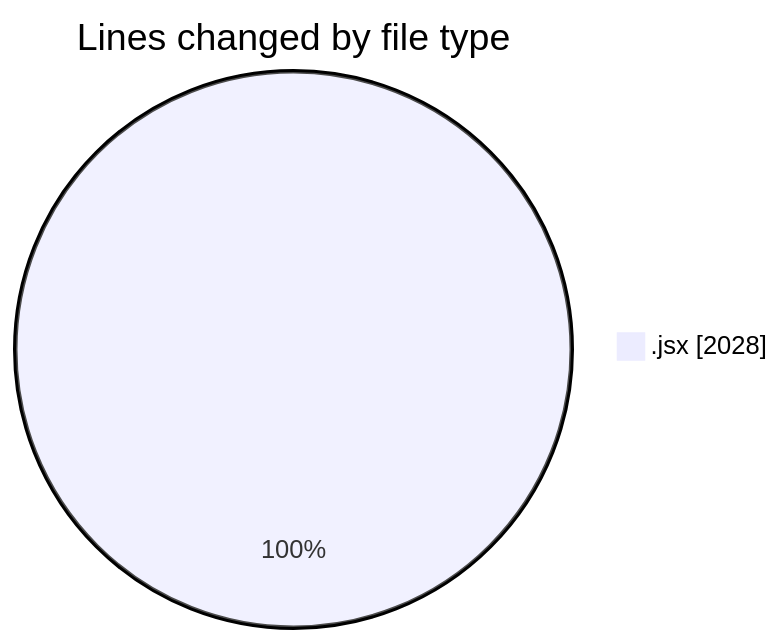
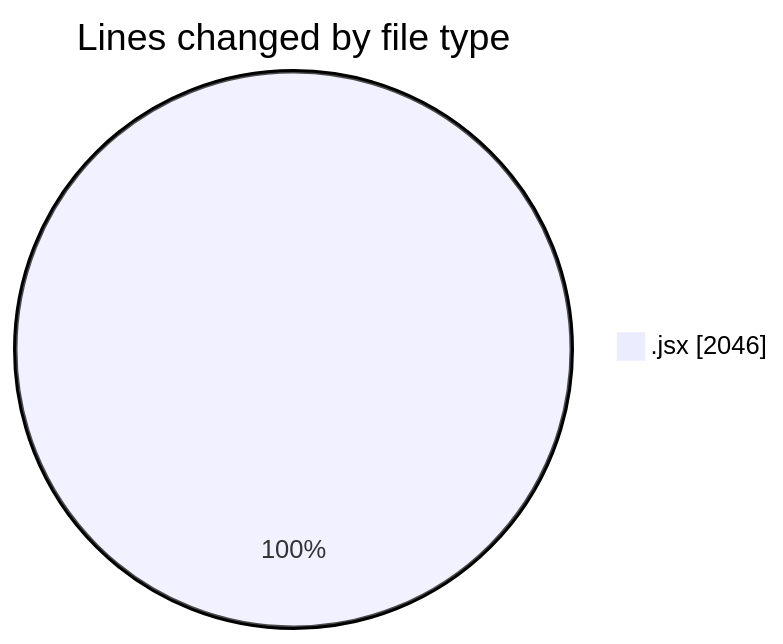
Before and after one commit to nxtqubesakshisongat/code-tracking: the first of 2 diagrams in 2025-07-07/argos/README.md, drawn with Mermaid. The commit also changed other lines of this file and 1 other file, not shown here.

````diff
--- a/2025-07-07/argos/README.md
+++ b/2025-07-07/argos/README.md
@@ -22,5 +22,5 @@
 ```mermaid
 pie showData
 title Lines changed by file type
-".jsx" : 2028
+".jsx" : 2046
 ```
````
